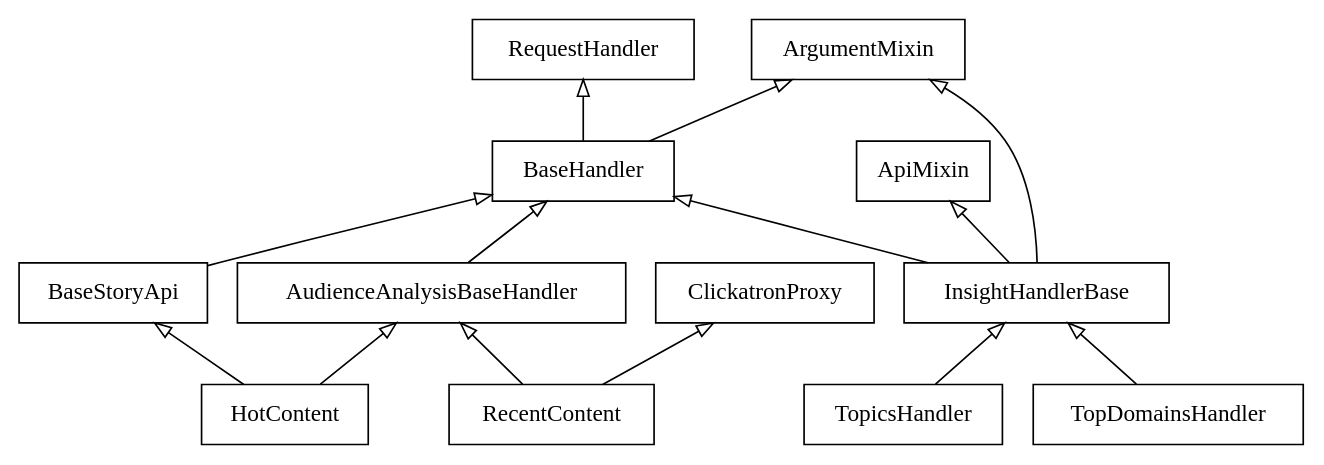
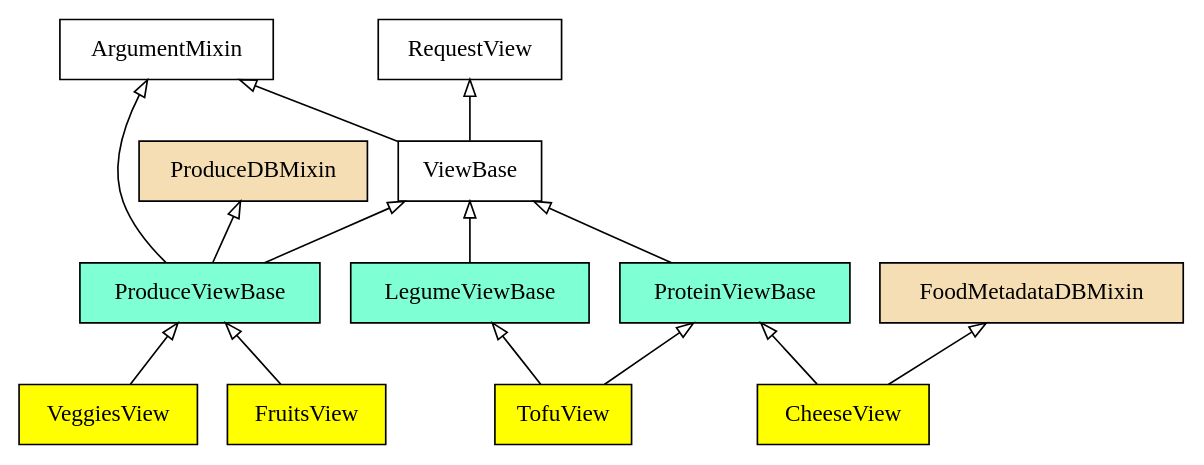
Before and after one commit to slinkp/inheritance_talk: the diagram in samples/aa_start.dot, drawn with Graphviz. The commit also changed 2 other files, not shown here.

```diff
--- a/samples/aa_start.dot
+++ b/samples/aa_start.dot
@@ -1,29 +1,29 @@
 digraph "classes_No_Name" {
 charset="utf-8"
 rankdir=BT
-"2" [shape="record", label="HotContent"];
-"3" [shape="record", label="BaseStoryApi"];
-"4" [shape="record", label="BaseHandler"];
+"11" [shape="record", label="FruitsView", style = filled, fillcolor = yellow];
+"8" [shape="record", label="VeggiesView", style = filled, fillcolor = yellow];
+"2" [shape="record", label="TofuView", style = filled, fillcolor = yellow];
+"3" [shape="record", label="LegumeViewBase", style = filled, fillcolor = aquamarine];
+"4" [shape="record", label="ViewBase"];
 "5" [shape="record", label="ArgumentMixin"];
-"6" [shape="record", label="RequestHandler"];
-"7" [shape="record", label="AudienceAnalysisBaseHandler"];
-"8" [shape="record", label="TopDomainsHandler"];
-"9" [shape="record", label="InsightHandlerBase"];
-"10" [shape="record", label="ApiMixin"];
-"11" [shape="record", label="TopicsHandler"];
-"12" [shape="record", label="RecentContent"];
-"13" [shape="record", label="ClickatronProxy"];
-"2" -> "3" [arrowtail="none", arrowhead="empty"];
+"6" [shape="record", label="RequestView"];
+"7" [shape="record", label="ProteinViewBase", style = filled, fillcolor = aquamarine];
+"9" [shape="record", label="ProduceViewBase", style = filled, fillcolor = aquamarine];
+"10" [shape="record", label="ProduceDBMixin", style = filled, fillcolor = wheat];
+"12" [shape="record", label="CheeseView", style = filled, fillcolor = yellow];
+"13" [shape="record", label="FoodMetadataDBMixin", style = filled, fillcolor = wheat];
 "2" -> "7" [arrowtail="none", arrowhead="empty"];
 "3" -> "4" [arrowtail="none", arrowhead="empty"];
 "4" -> "5" [arrowtail="none", arrowhead="empty"];
 "4" -> "6" [arrowtail="none", arrowhead="empty"];
 "7" -> "4" [arrowtail="none", arrowhead="empty"];
 "8" -> "9" [arrowtail="none", arrowhead="empty"];
 "9" -> "4" [arrowtail="none", arrowhead="empty"];
 "9" -> "10" [arrowtail="none", arrowhead="empty"];
 "9" -> "5" [arrowtail="none", arrowhead="empty"];
 "11" -> "9" [arrowtail="none", arrowhead="empty"];
 "12" -> "7" [arrowtail="none", arrowhead="empty"];
 "12" -> "13" [arrowtail="none", arrowhead="empty"];
+"2" -> "3" [arrowtail="none", arrowhead="empty"];
 }
```
